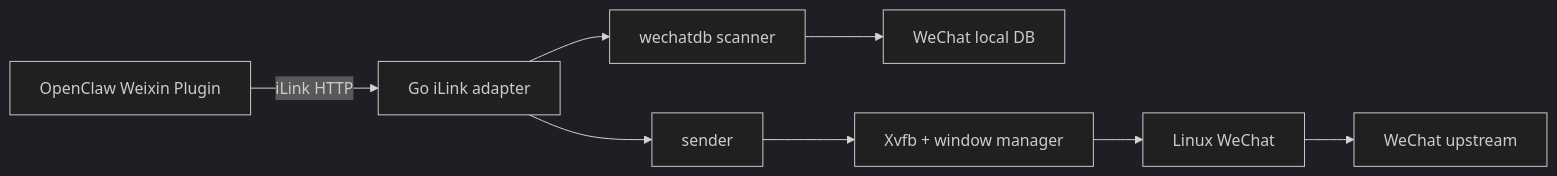
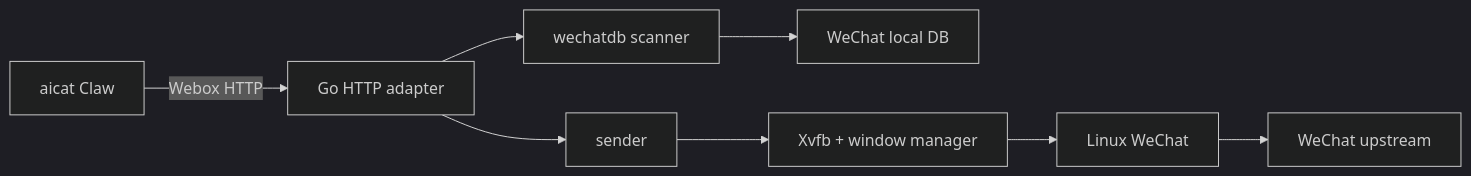
The diagram in docs/architecture.md (netcat-ai/webox), drawn with Mermaid (dark theme) before and after one commit. The commit also changed other lines of this file and 9 other files, not shown here.

Commit message:
Remove QR login flow and align HTTP API with aicat

````diff
--- a/docs/architecture.md
+++ b/docs/architecture.md
@@ -17,10 +17,10 @@
 ```mermaid
 flowchart LR
-  OpenClaw["OpenClaw Weixin Plugin"] -->|"iLink HTTP"| Adapter["Go iLink adapter"]
+  Aicat["aicat Claw"] -->|"Webox HTTP"| Adapter["Go HTTP adapter"]
   Adapter --> DBScanner["wechatdb scanner"]
   DBScanner --> WXDB["WeChat local DB"]
   Adapter --> UISender["sender"]
   UISender --> Display["Xvfb + window manager"]
   Display --> WeChat["Linux WeChat"]
   WeChat --> WXNet["WeChat upstream"]
 ```
````
